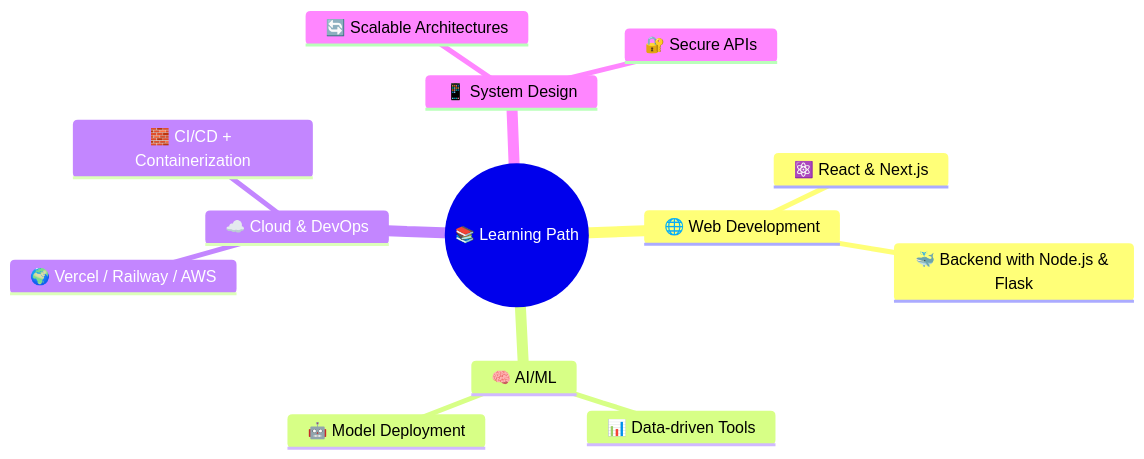
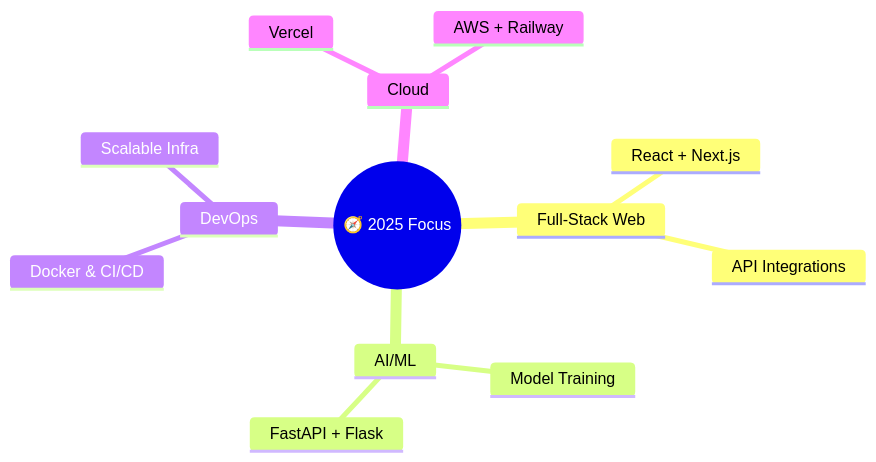
One commit to ADARSH4118/ADARSH4118 changed the diagram in README.md. Above: the diagram before and after it, drawn with Mermaid. The commit also changed other lines of this file, not shown here.

````diff
--- a/README.md
+++ b/README.md
@@ -87,16 +79,16 @@
 ```mermaid
 mindmap
-  root((📚 Learning Path))
-    🌐 Web Development
-      ⚛️ React & Next.js
-      🐳 Backend with Node.js & Flask
-    🧠 AI/ML
-      📊 Data-driven Tools
-      🤖 Model Deployment
-    ☁️ Cloud & DevOps
-      🌍 Vercel / Railway / AWS
-      🧱 CI/CD + Containerization
-    📱 System Design
-      🔄 Scalable Architectures
-      🔐 Secure APIs
+  root((🧭 2025 Focus))
+    Full-Stack Web
+      React + Next.js
+      API Integrations
+    AI/ML
+      Model Training
+      FastAPI + Flask
+    DevOps
+      Docker & CI/CD
+      Scalable Infra
+    Cloud
+      Vercel
+      AWS + Railway
 ```
````
